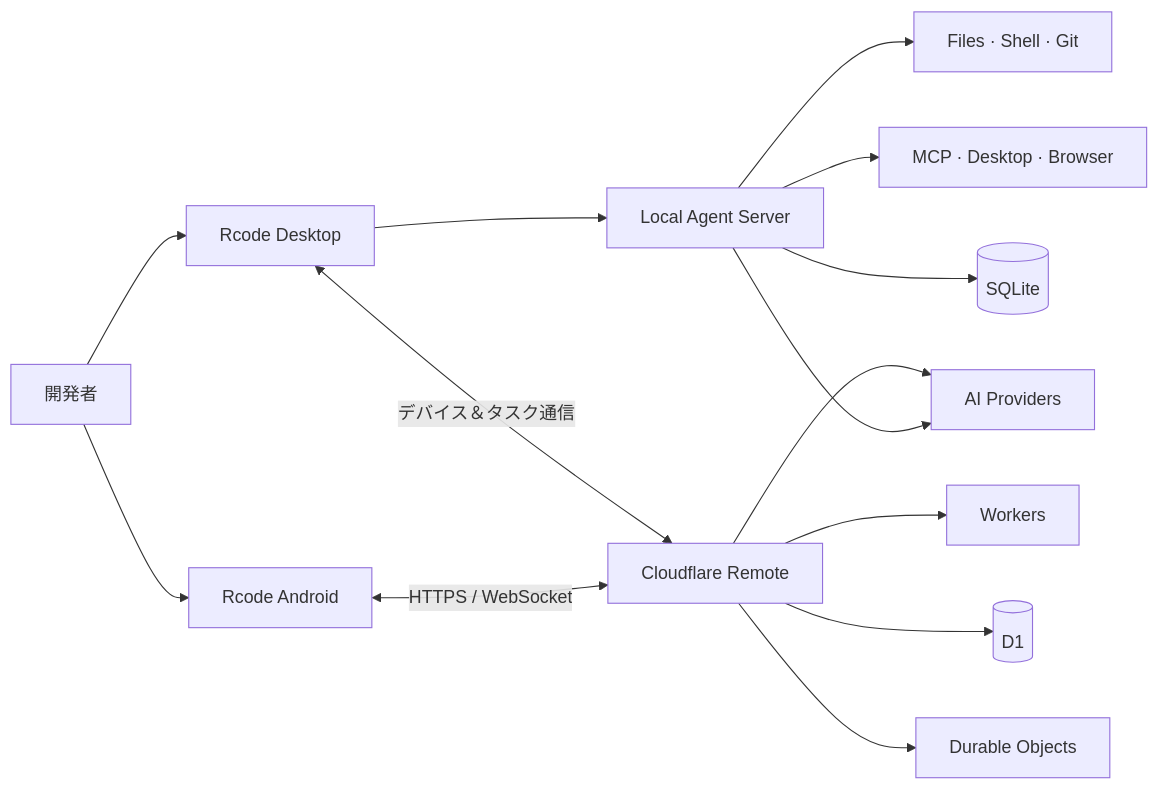
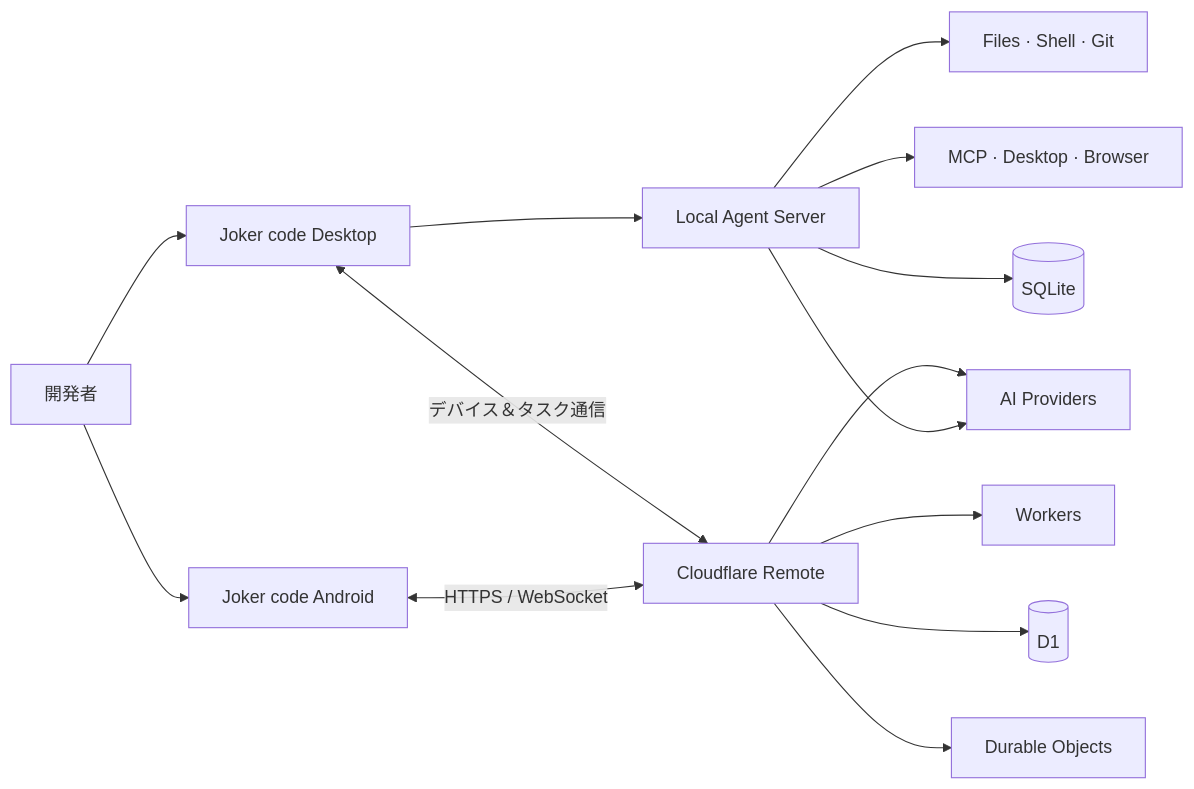
One commit to kdczyz/Joker changed the diagram in README.ja.md. Above: the diagram before and after it, drawn with Mermaid. The commit also changed other lines of this file and 2372 other files, not shown here.

First line of the commit message:
refactor: rename Rcode → Joker

````diff
--- a/README.ja.md
+++ b/README.ja.md
@@ -53,18 +53,18 @@
 ```mermaid
 flowchart LR
-    U[開発者] --> D[Rcode Desktop]
-    U --> M[Rcode Android]
+    U[開発者] --> D[Joker code Desktop]
+    U --> M[Joker code Android]
 
     D --> A[Local Agent Server]
     A --> P[AI Providers]
     A --> T[Files · Shell · Git]
     A --> X[MCP · Desktop · Browser]
     A --> S[(SQLite)]
 
     M <-->|HTTPS / WebSocket| C[Cloudflare Remote]
     D <-->|デバイス＆タスク通信| C
     C --> W[Workers]
     C --> DB[(D1)]
     C --> DO[Durable Objects]
     C --> P
 ```
````
